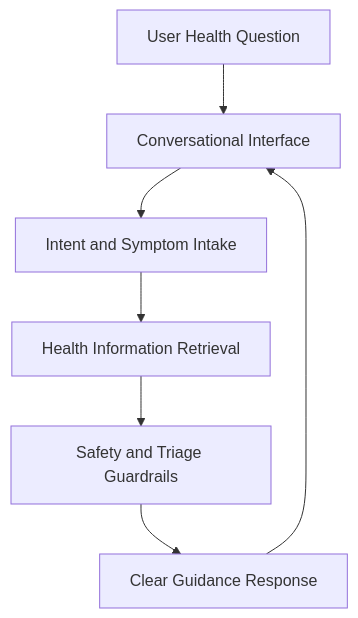
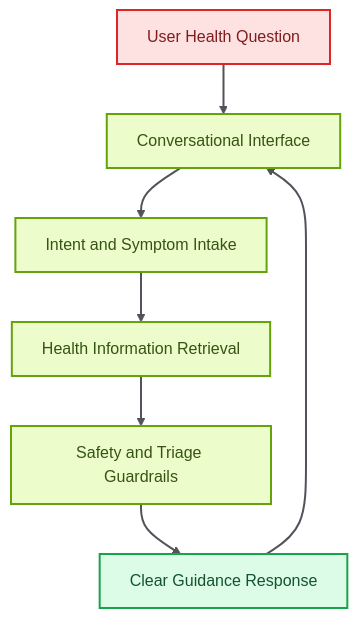
Before and after one commit to skx56/LLM-based-Health-Assistant: the diagram in README.md, drawn with Mermaid.

Commit message:
Colorize README architecture diagram

````diff
--- a/README.md
+++ b/README.md
@@ -28,9 +28,19 @@
 ```mermaid
 flowchart TD
   User["User Health Question"] --> Interface["Conversational Interface"]
   Interface --> Intake["Intent and Symptom Intake"]
   Intake --> Retrieval["Health Information Retrieval"]
   Retrieval --> Safety["Safety and Triage Guardrails"]
   Safety --> Response["Clear Guidance Response"]
   Response --> Interface
+
+  classDef inputs fill:#FEE2E2,stroke:#DC2626,color:#7F1D1D,stroke-width:2px;
+  classDef process fill:#ECFCCB,stroke:#65A30D,color:#365314,stroke-width:2px;
+  classDef data fill:#DBEAFE,stroke:#2563EB,color:#1E3A8A,stroke-width:2px;
+  classDef agent fill:#FAE8FF,stroke:#C026D3,color:#701A75,stroke-width:2px;
+  classDef output fill:#DCFCE7,stroke:#16A34A,color:#14532D,stroke-width:2px;
+  class User inputs;
+  class Interface,Intake,Retrieval,Safety process;
+  class Response output;
+  linkStyle default stroke:#52525B,stroke-width:2px;
 ```
````
